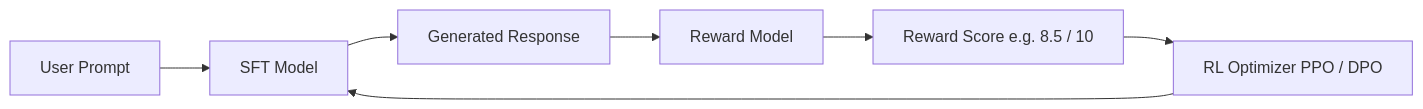
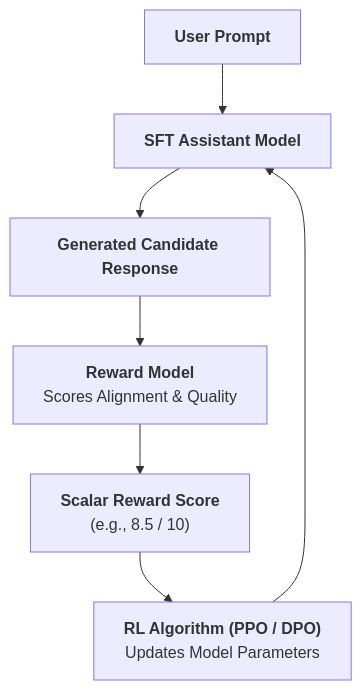
One commit to Nishant8826/theory-leaning changed the fifth of 5 diagrams in Nameste-AI/Season_01/07_From_a_Base_Model_to_an_AI_Assistant.md. Above: the diagram before and after it, drawn with Mermaid. The commit also changed other lines of this file and 7 other files, not shown here.

````diff
--- a/Nameste-AI/Season_01/07_From_a_Base_Model_to_an_AI_Assistant.md
+++ b/Nameste-AI/Season_01/07_From_a_Base_Model_to_an_AI_Assistant.md
@@ -240,9 +276,9 @@
 ```mermaid
-flowchart LR
-    A[User Prompt] --> B[SFT Model]
-    B --> C[Generated Response]
-    C --> D[Reward Model]
-    D --> E[Reward Score e.g. 8.5 / 10]
-    E --> F[RL Optimizer PPO / DPO]
+flowchart TD
+    A["<b>User Prompt</b>"] --> B["<b>SFT Assistant Model</b>"]
+    B --> C["<b>Generated Candidate Response</b>"]
+    C --> D["<b>Reward Model</b><br/>Scores Alignment & Quality"]
+    D --> E["<b>Scalar Reward Score</b><br/>(e.g., 8.5 / 10)"]
+    E --> F["<b>RL Algorithm (PPO / DPO)</b><br/>Updates Model Parameters"]
     F --> B
 ```
````
